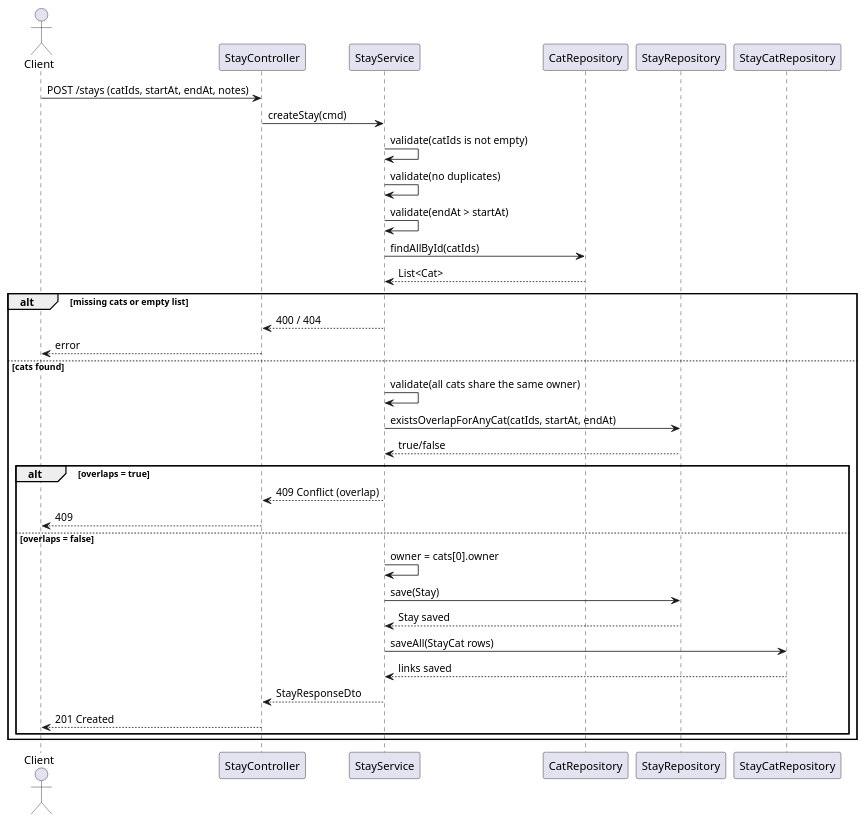
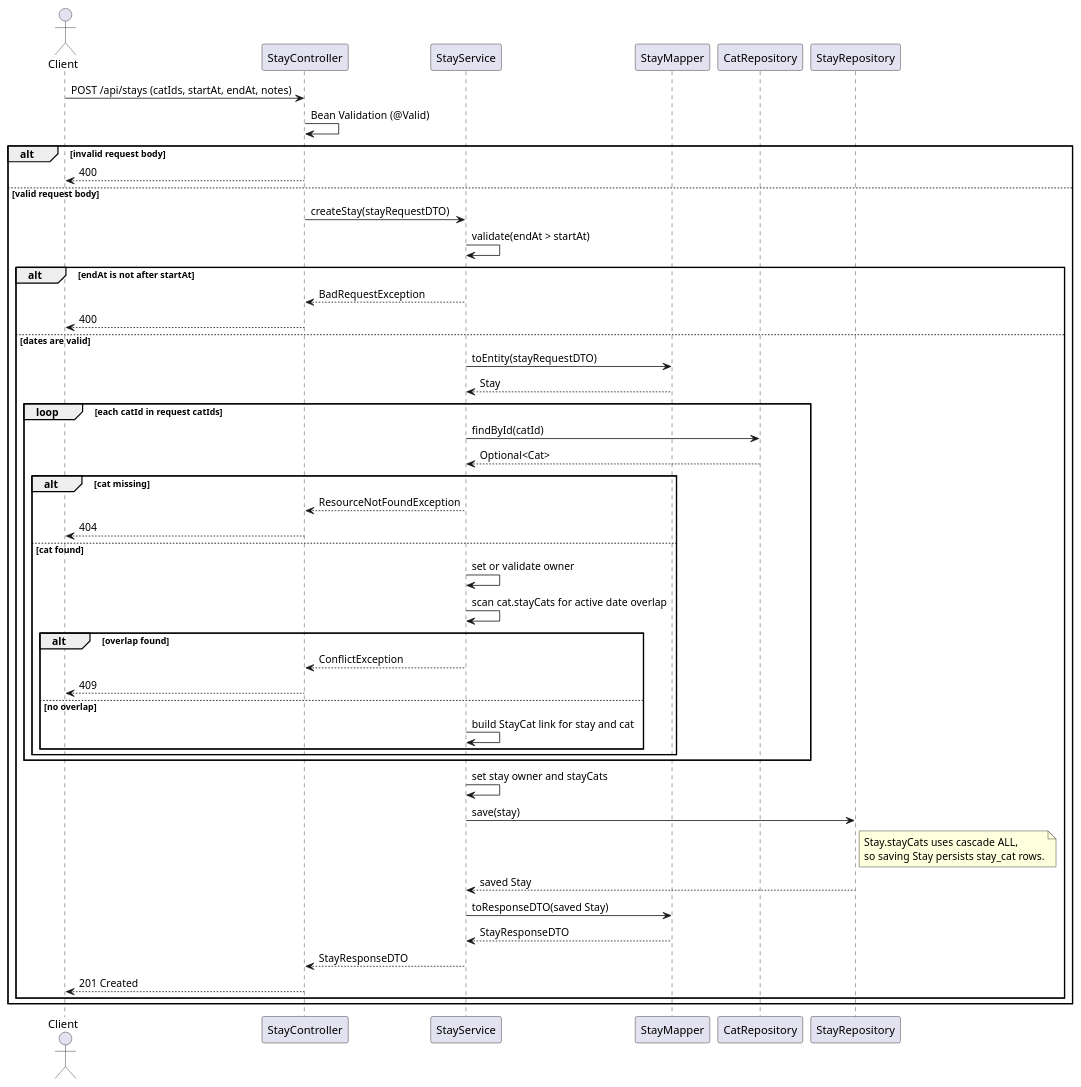
Before and after one commit to TheZenithPassage/catworld: the diagram in docs/uml/04-sequence-create-stay.puml, drawn with PlantUML. The commit also changed 41 other files, not shown here.

```diff
--- a/docs/uml/04-sequence-create-stay.puml
+++ b/docs/uml/04-sequence-create-stay.puml
@@ -1,40 +1,59 @@
 @startuml
 actor Client as client
 participant "StayController" as controller
 participant "StayService" as service
+participant "StayMapper" as mapper
 participant "CatRepository" as catRepo
 participant "StayRepository" as stayRepo
-participant "StayCatRepository" as stayCatRepo
 
-client -> controller: POST /stays (catIds, startAt, endAt, notes)
-controller -> service: createStay(cmd)
+client -> controller: POST /api/stays (catIds, startAt, endAt, notes)
+controller -> controller: Bean Validation (@Valid)
 
-service -> service: validate(catIds is not empty)
-service -> service: validate(no duplicates)
-service -> service: validate(endAt > startAt)
-service -> catRepo: findAllById(catIds)
-catRepo --> service: List<Cat>
+alt invalid request body
+  controller --> client: 400
+else valid request body
+  controller -> service: createStay(stayRequestDTO)
+  service -> service: validate(endAt > startAt)
 
-alt missing cats or empty list
-  service --> controller: 400 / 404
-  controller --> client: error
-else cats found
-  service -> service: validate(all cats share the same owner)
-  service -> stayRepo: existsOverlapForAnyCat(catIds, startAt, endAt)
-  stayRepo --> service: true/false
+  alt endAt is not after startAt
+    service --> controller: BadRequestException
+    controller --> client: 400
+  else dates are valid
+    service -> mapper: toEntity(stayRequestDTO)
+    mapper --> service: Stay
 
-  alt overlaps = true
-    service --> controller: 409 Conflict (overlap)
-    controller --> client: 409
-  else overlaps = false
-    service -> service: owner = cats[0].owner
-    service -> stayRepo: save(Stay)
-    stayRepo --> service: Stay saved
-    service -> stayCatRepo: saveAll(StayCat rows)
-    stayCatRepo --> service: links saved
-    service --> controller: StayResponseDto
+    loop each catId in request catIds
+      service -> catRepo: findById(catId)
+      catRepo --> service: Optional<Cat>
+
+      alt cat missing
+        service --> controller: ResourceNotFoundException
+        controller --> client: 404
+      else cat found
+        service -> service: set or validate owner
+        service -> service: scan cat.stayCats for active date overlap
+
+        alt overlap found
+          service --> controller: ConflictException
+          controller --> client: 409
+        else no overlap
+          service -> service: build StayCat link for stay and cat
+        end
+      end
+    end
+
+    service -> service: set stay owner and stayCats
+    service -> stayRepo: save(stay)
+    note right of stayRepo
+      Stay.stayCats uses cascade ALL,
+      so saving Stay persists stay_cat rows.
+    end note
+    stayRepo --> service: saved Stay
+    service -> mapper: toResponseDTO(saved Stay)
+    mapper --> service: StayResponseDTO
+    service --> controller: StayResponseDTO
     controller --> client: 201 Created
   end
 end
 
 @enduml
```
